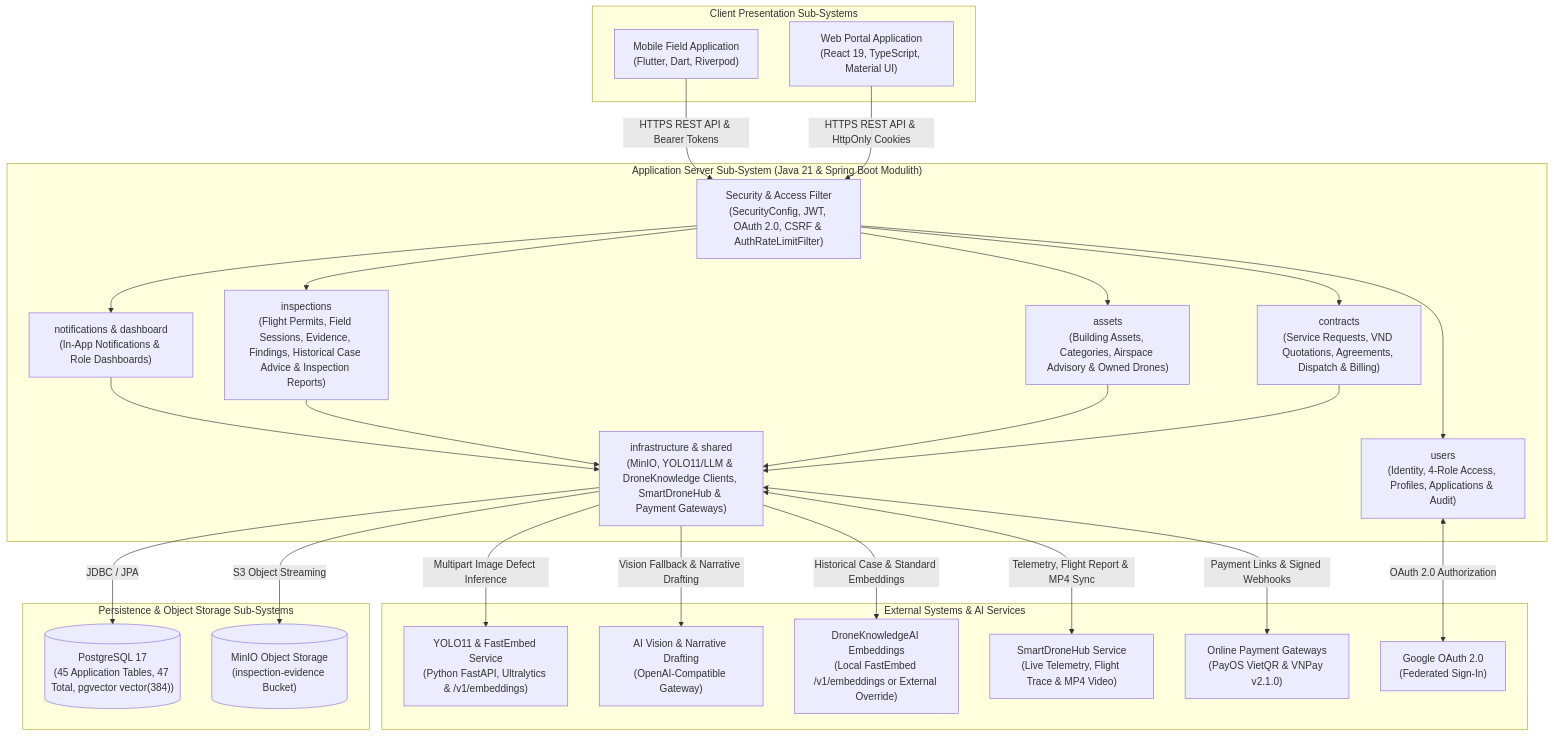
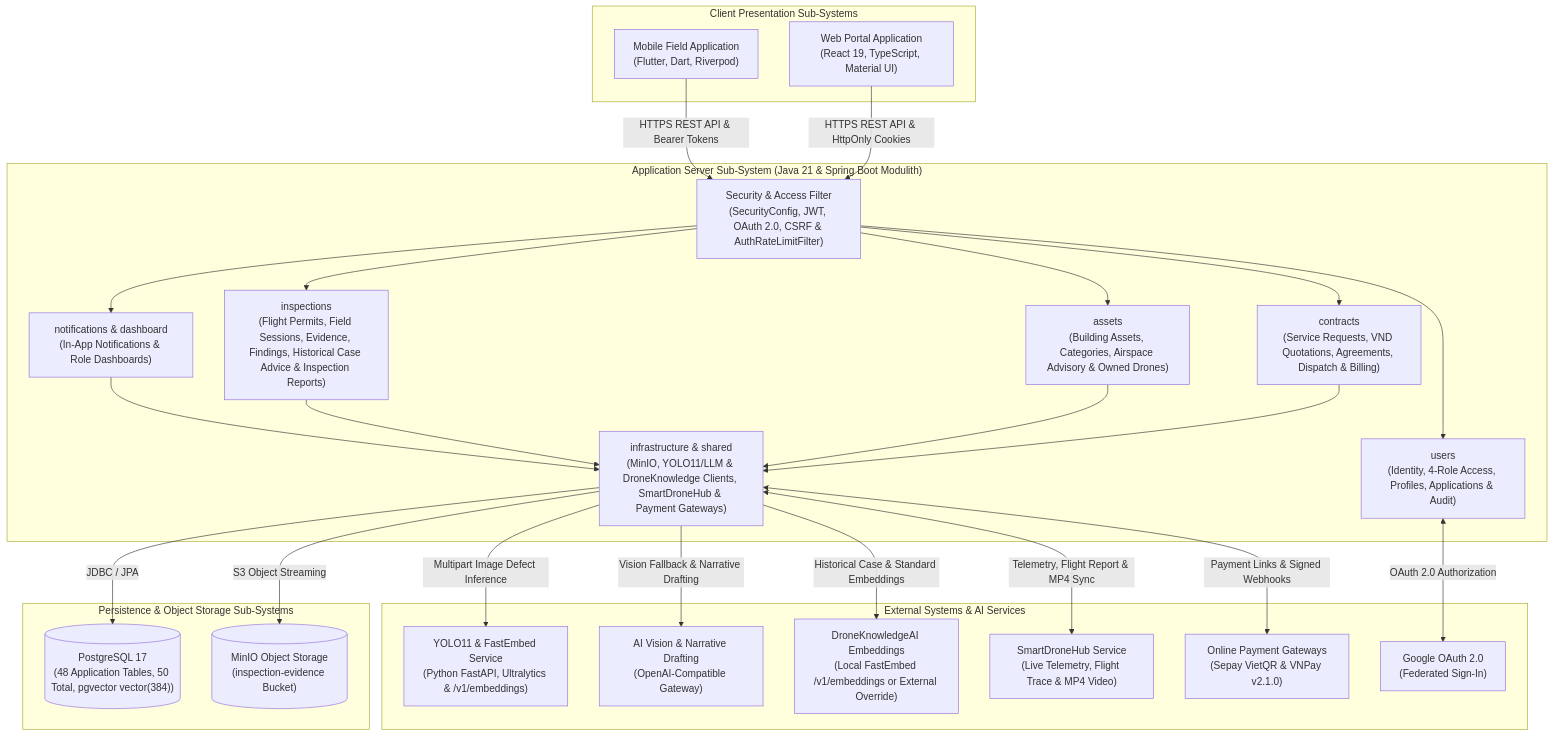
One commit to tungbach12/SmartDroneInspection-Docs changed the first of 4 diagrams in reports/report-4-software-design-document/01-system-design.md. Above: the diagram before and after it, drawn with Mermaid. The commit also changed other lines of this file and 29 other files, not shown here.

Commit message:
docs(reports,diagrams): sync V67-V69 schema, Sepay/VNPay hardening, and ERD/state/package diagrams

````diff
--- a/reports/report-4-software-design-document/01-system-design.md
+++ b/reports/report-4-software-design-document/01-system-design.md
@@ -18,55 +18,55 @@
 ```mermaid
 %% title: System Architecture Diagram
 flowchart TD
   subgraph Clients["Client Presentation Sub-Systems"]
     CLIENT_WEB["Web Portal Application\n(React 19, TypeScript, Material UI)"]
     CLIENT_MOB["Mobile Field Application\n(Flutter, Dart, Riverpod)"]
   end
 
   subgraph Backend["Application Server Sub-System (Java 21 & Spring Boot Modulith)"]
     SEC_FILTER["Security & Access Filter\n(SecurityConfig, JWT, OAuth 2.0, CSRF & AuthRateLimitFilter)"]
     MOD_USERS["users\n(Identity, 4-Role Access, Profiles, Applications & Audit)"]
     MOD_CONTRACTS["contracts\n(Service Requests, VND Quotations, Agreements, Dispatch & Billing)"]
     MOD_ASSETS["assets\n(Building Assets, Categories, Airspace Advisory & Owned Drones)"]
     MOD_INSP["inspections\n(Flight Permits, Field Sessions, Evidence, Findings, Historical Case Advice & Inspection Reports)"]
     MOD_NOTIF["notifications & dashboard\n(In-App Notifications & Role Dashboards)"]
     MOD_INFRA["infrastructure & shared\n(MinIO, YOLO11/LLM & DroneKnowledge Clients, SmartDroneHub & Payment Gateways)"]
   end
 
   subgraph DataAndStorage["Persistence & Object Storage Sub-Systems"]
-    DB_PG[("PostgreSQL 17\n(45 Application Tables, 47 Total, pgvector vector(384))")]
+    DB_PG[("PostgreSQL 17\n(48 Application Tables, 50 Total, pgvector vector(384))")]
     STORE_MINIO[("MinIO Object Storage\n(inspection-evidence Bucket)")]
   end
 
   subgraph ExternalAndAI["External Systems & AI Services"]
     AI_SERVICE["YOLO11 & FastEmbed Service\n(Python FastAPI, Ultralytics & /v1/embeddings)"]
     LLM_GATEWAY["AI Vision & Narrative Drafting\n(OpenAI-Compatible Gateway)"]
     KNOWLEDGE_AI["DroneKnowledgeAI Embeddings\n(Local FastEmbed /v1/embeddings or External Override)"]
     DRONE_HUB["SmartDroneHub Service\n(Live Telemetry, Flight Trace & MP4 Video)"]
-    PAY_GATEWAY["Online Payment Gateways\n(PayOS VietQR & VNPay v2.1.0)"]
+    PAY_GATEWAY["Online Payment Gateways\n(Sepay VietQR & VNPay v2.1.0)"]
     GOOGLE_OAUTH["Google OAuth 2.0\n(Federated Sign-In)"]
   end
 
   CLIENT_WEB -->|"HTTPS REST API & HttpOnly Cookies"| SEC_FILTER
   CLIENT_MOB -->|"HTTPS REST API & Bearer Tokens"| SEC_FILTER
 
   SEC_FILTER --> MOD_USERS
   SEC_FILTER --> MOD_CONTRACTS
   SEC_FILTER --> MOD_ASSETS
   SEC_FILTER --> MOD_INSP
   SEC_FILTER --> MOD_NOTIF
 
   MOD_CONTRACTS --> MOD_INFRA
   MOD_ASSETS --> MOD_INFRA
   MOD_INSP --> MOD_INFRA
   MOD_NOTIF --> MOD_INFRA
 
   MOD_INFRA -->|"JDBC / JPA"| DB_PG
   MOD_INFRA -->|"S3 Object Streaming"| STORE_MINIO
   MOD_INFRA -->|"Multipart Image Defect Inference"| AI_SERVICE
   MOD_INFRA -->|"Vision Fallback & Narrative Drafting"| LLM_GATEWAY
   MOD_INFRA -->|"Historical Case & Standard Embeddings"| KNOWLEDGE_AI
   MOD_INFRA <-->|"Telemetry, Flight Report & MP4 Sync"| DRONE_HUB
   MOD_INFRA <-->|"Payment Links & Signed Webhooks"| PAY_GATEWAY
   MOD_USERS <-->|"OAuth 2.0 Authorization"| GOOGLE_OAUTH
 ```
````
